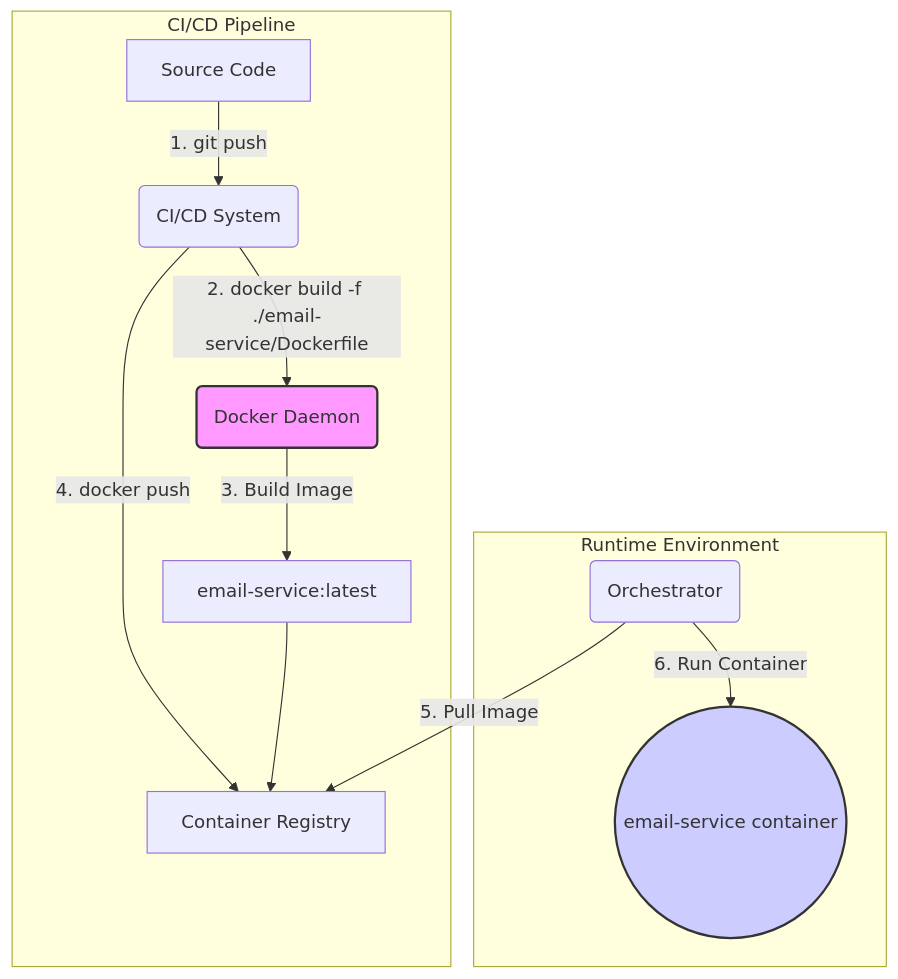
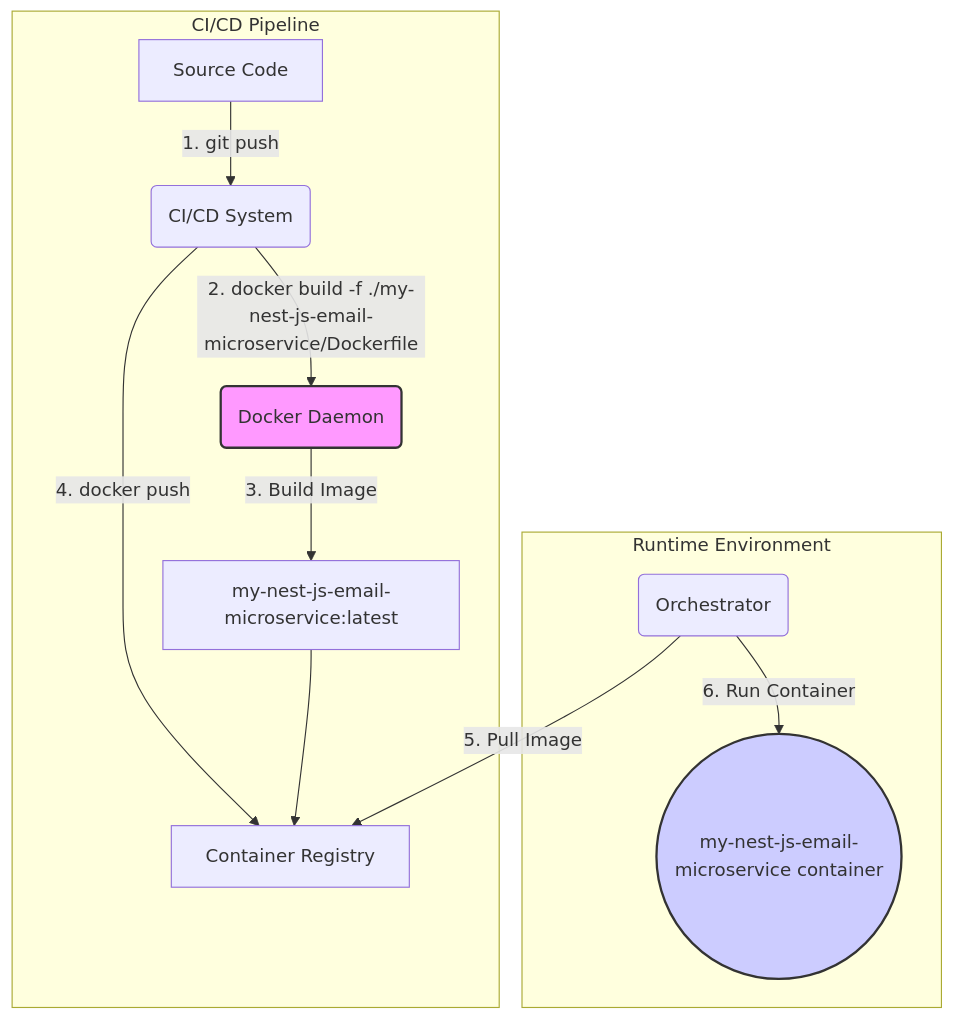
The diagram in docs/ways-of-work/plan/nest-js-email-microservice/base-docker-image/implementation-plan.md (EmperorRAG/my-projects-monorepo), drawn with Mermaid before and after one commit. The commit also changed other lines of this file and 10 other files, not shown here.

Commit message:
feat: update documentation paths and commands for my-nest-js-email-microservice

````diff
--- a/docs/ways-of-work/plan/nest-js-email-microservice/base-docker-image/implementation-plan.md
+++ b/docs/ways-of-work/plan/nest-js-email-microservice/base-docker-image/implementation-plan.md
@@ -25,18 +25,18 @@
 ```mermaid
 graph TD
     subgraph CI/CD Pipeline
         A[Source Code] -->|1. git push| B(CI/CD System);
-        B -->|2. docker build -f ./email-service/Dockerfile| C(Docker Daemon);
-        C -->|3. Build Image| D[email-service:latest];
+        B -->|2. docker build -f ./my-nest-js-email-microservice/Dockerfile| C(Docker Daemon);
+        C -->|3. Build Image| D[my-nest-js-email-microservice:latest];
         B -->|4. docker push| E[Container Registry];
         D --> E;
     end
 
     subgraph Runtime Environment
         F(Orchestrator) -->|5. Pull Image| E;
-        F -->|6. Run Container| G((email-service container));
+        F -->|6. Run Container| G((my-nest-js-email-microservice container));
     end
 
     style C fill:#f9f,stroke:#333,stroke-width:2px
     style G fill:#ccf,stroke:#333,stroke-width:2px
 ```
````
